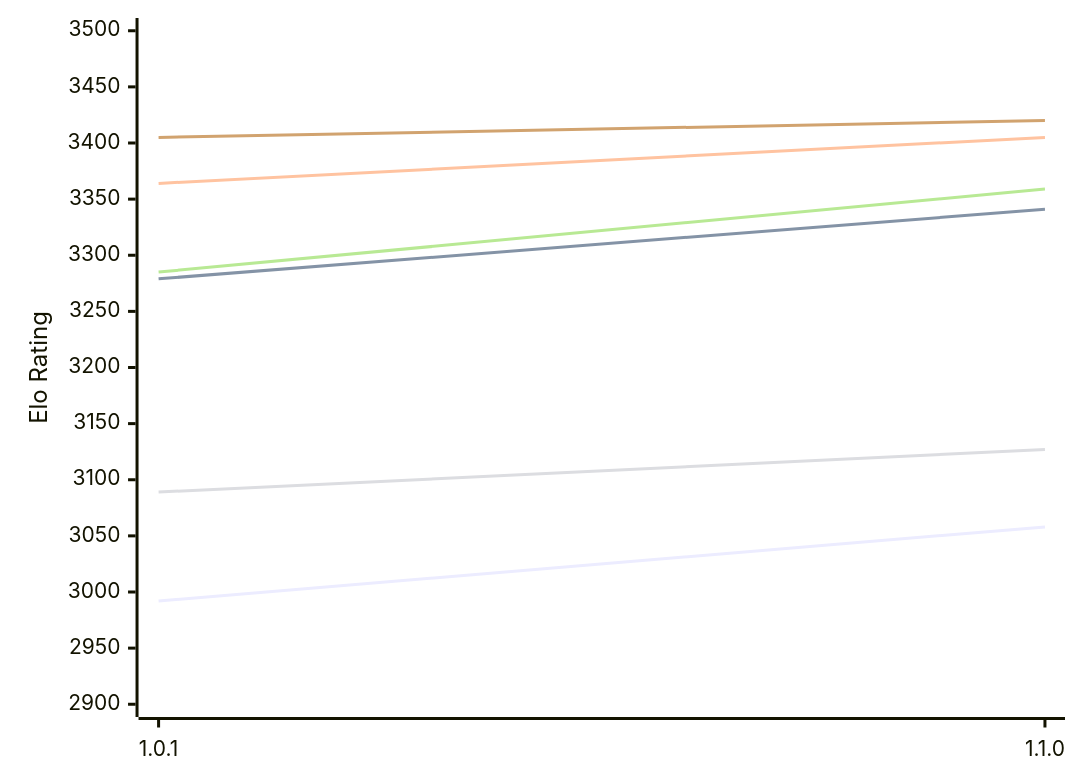
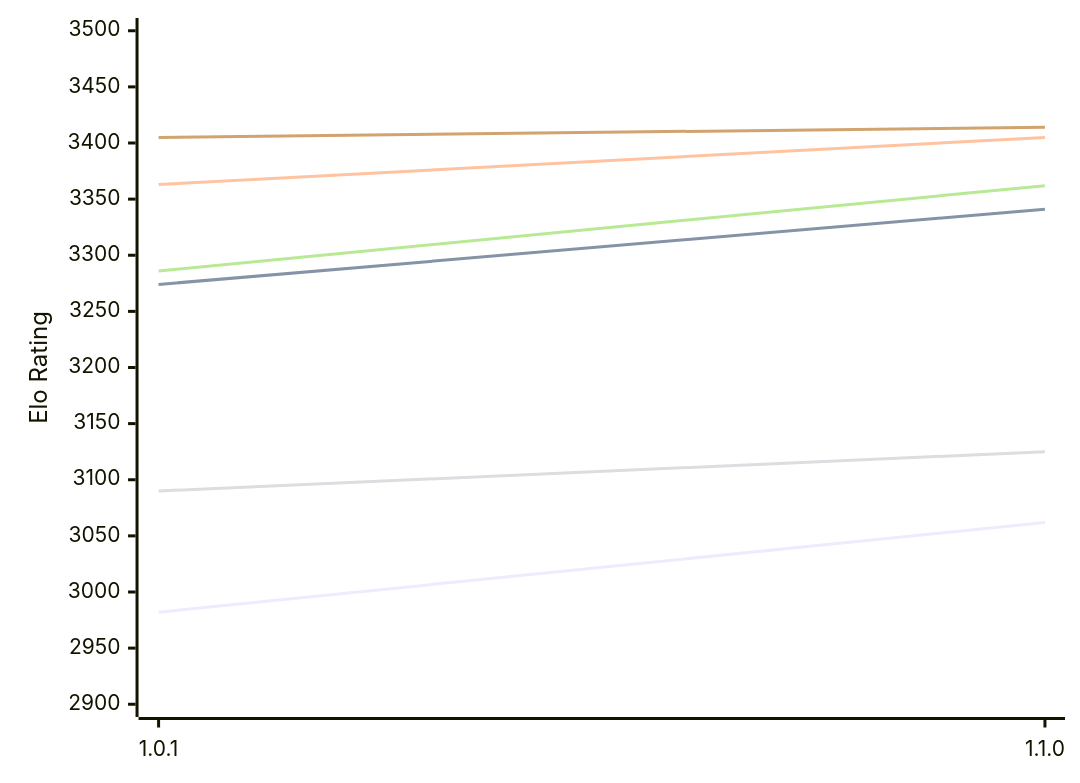
One commit to computer-chess-index/cci changed the first of 2 diagrams in engines/Ursus.md. Above: the diagram before and after it, drawn with Mermaid. The commit also changed other lines of this file, not shown here.

Commit message:
Update CCI Ratings (ELO VLTC) - 2026-11-27

````diff
--- a/engines/Ursus.md
+++ b/engines/Ursus.md
@@ -51,12 +51,12 @@
 ```mermaid
 %%{init: {"theme":"base","themeVariables":{"seriesColors:['#a3a3a3','#222221','#faa371']}}}%%
 xychart-beta
   x-axis ["1.0.1", "1.1.0"]
   y-axis "Elo Rating" 2900 --> 3500
-  line "E1: STC (8.0+0.08s)" [2992, 3058]
-  line "E1: LTC (60.0+0.60s)" [3279, 3341]
-  line "E1: VLTC (2m24s+1.12s)" [3364, 3405]
-  line "P1: STC (8.0+0.08s)" [3089, 3127]
-  line "P1: LTC (60.0+0.60s)" [3285, 3359]
-  line "P1: VLTC (2m24s+1.12s)" [3405, 3420]
+  line "E1: STC (8.0+0.08s)" [2982, 3062]
+  line "E1: LTC (60.0+0.60s)" [3274, 3341]
+  line "E1: VLTC (2m24s+1.12s)" [3363, 3405]
+  line "P1: STC (8.0+0.08s)" [3090, 3125]
+  line "P1: LTC (60.0+0.60s)" [3286, 3362]
+  line "P1: VLTC (2m24s+1.12s)" [3405, 3414]
 ```
````
